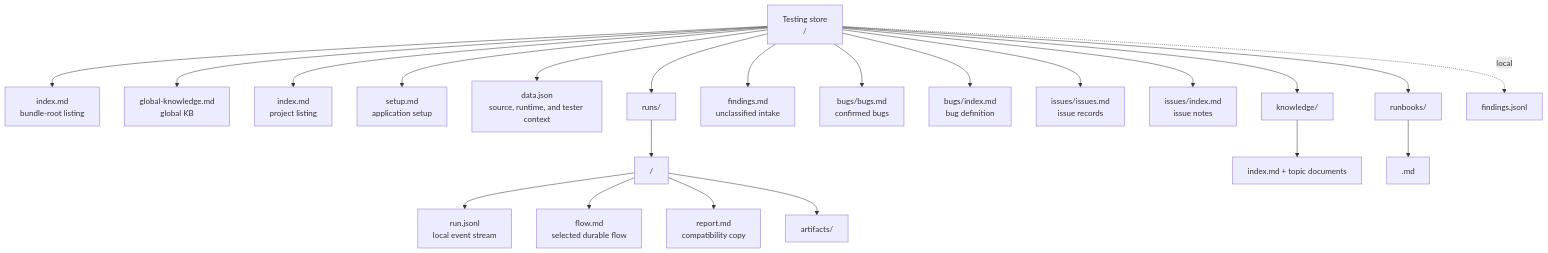
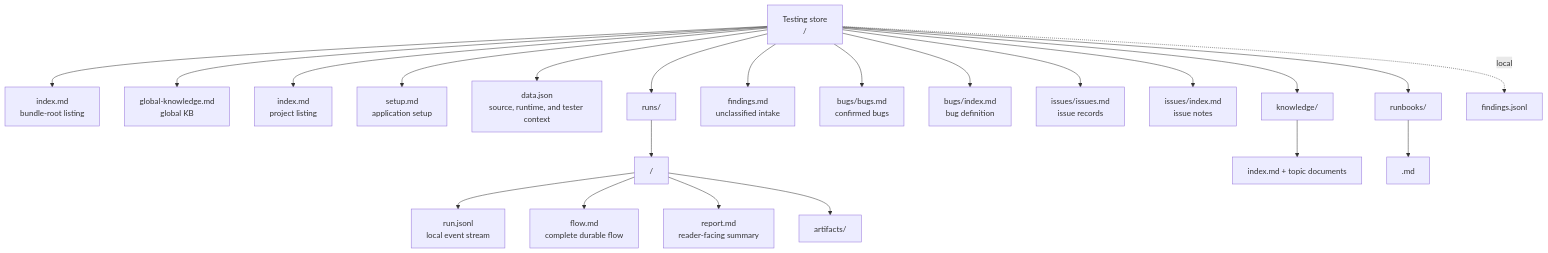
One commit to abs-bot-01/abs-tester-data changed the fifth of 5 diagrams in architecture.md. Above: the diagram before and after it, drawn with Mermaid. The commit also changed other lines of this file and 6 other files, not shown here.

````diff
--- a/architecture.md
+++ b/architecture.md
@@ -81,27 +83,27 @@
 ```mermaid
 flowchart TD
     ROOT["Testing store<br/><data-root>/"]
     ROOT --> BI["index.md<br/>bundle-root listing"]
     ROOT --> GK["global-knowledge.md<br/>global KB"]
     ROOT --> PI["index.md<br/>project listing"]
     ROOT --> SETUP["setup.md<br/>application setup"]
     ROOT --> DATA["data.json<br/>source, runtime, and tester context"]
     ROOT --> RUNS["runs/"]
     ROOT --> FIND["findings.md<br/>unclassified intake"]
     ROOT --> BUGS["bugs/bugs.md<br/>confirmed bugs"]
     ROOT --> BUG_INDEX["bugs/index.md<br/>bug definition"]
     ROOT --> ISSUES["issues/issues.md<br/>issue records"]
     ROOT --> ISSUE_INDEX["issues/index.md<br/>issue notes"]
     ROOT --> KB["knowledge/"]
     ROOT --> RB["runbooks/"]
     ROOT -. local .-> FINDINGS_LOCAL["findings.jsonl"]
 
     RUNS --> RUN["<run-id>/"]
     RUN --> EVENTS_LOCAL["run.jsonl<br/>local event stream"]
-    RUN --> FLOW["flow.md<br/>selected durable flow"]
-    RUN --> REPORT["report.md<br/>compatibility copy"]
+    RUN --> FLOW["flow.md<br/>complete durable flow"]
+    RUN --> REPORT["report.md<br/>reader-facing summary"]
     RUN --> ART["artifacts/"]
 
     KB --> KBI["index.md + topic documents"]
     RB --> RBF["<runbook-id>.md"]
 ```
````
